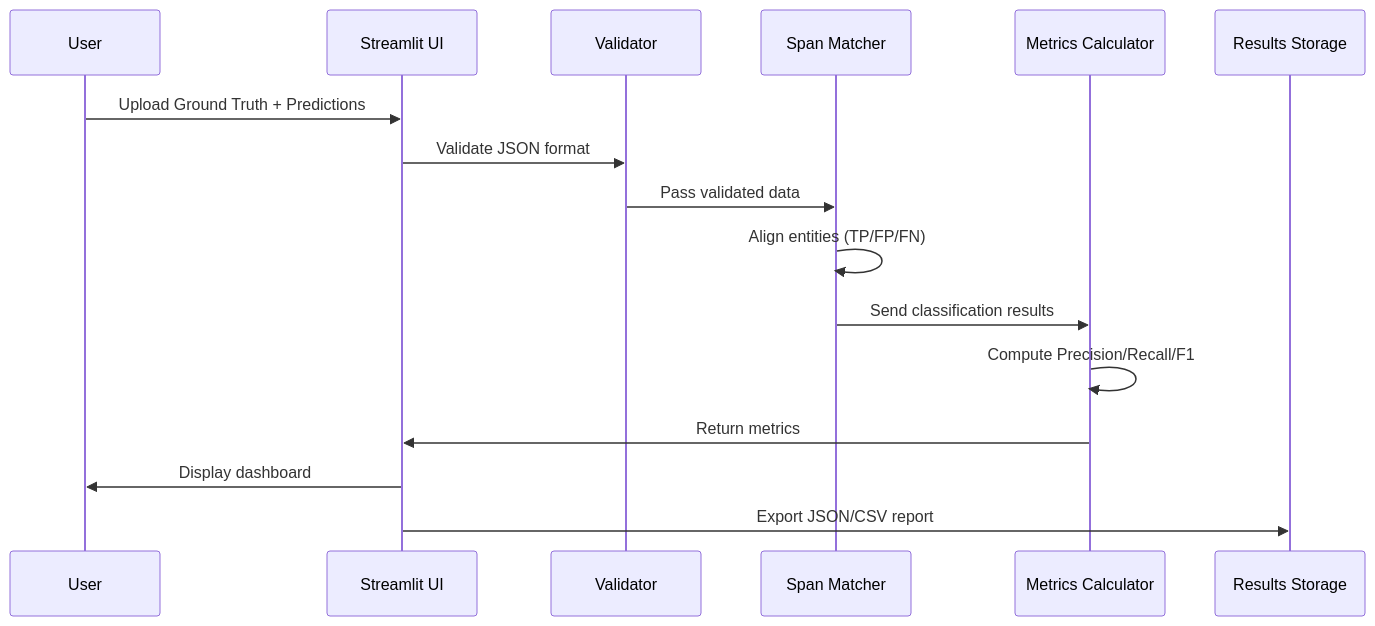
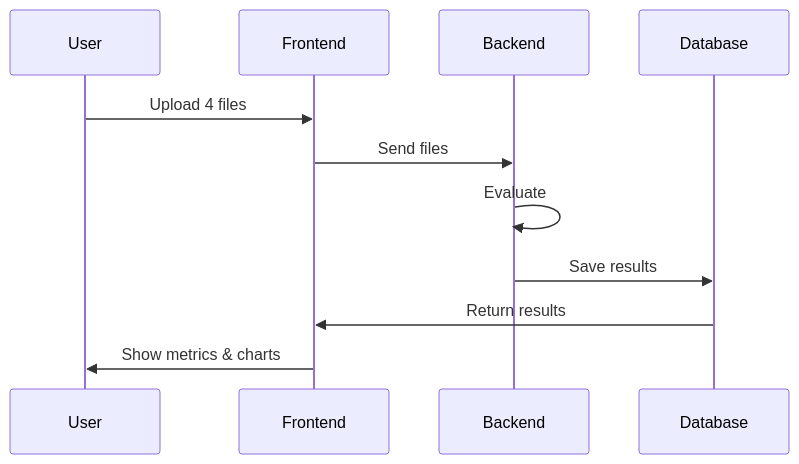
One commit to anudra/pii-benchmark-framework changed the fourth of 7 diagrams in architecture.md. Above: the diagram before and after it, drawn with Mermaid. The commit also changed other lines of this file and 44 other files, not shown here.

````diff
--- a/architecture.md
+++ b/architecture.md
@@ -164,19 +79,14 @@
 ```mermaid
 sequenceDiagram
     participant User
-    participant UI as Streamlit UI
-    participant Val as Validator
-    participant Matcher as Span Matcher
-    participant Calc as Metrics Calculator
-    participant DB as Results Storage
-
-    User->>UI: Upload Ground Truth + Predictions
-    UI->>Val: Validate JSON format
-    Val->>Matcher: Pass validated data
-    Matcher->>Matcher: Align entities (TP/FP/FN)
-    Matcher->>Calc: Send classification results
-    Calc->>Calc: Compute Precision/Recall/F1
-    Calc->>UI: Return metrics
-    UI->>User: Display dashboard
-    UI->>DB: Export JSON/CSV report
+    participant Frontend
+    participant Backend
+    participant Database
+    
+    User->>Frontend: Upload 4 files
+    Frontend->>Backend: Send files
+    Backend->>Backend: Evaluate
+    Backend->>Database: Save results
+    Database->>Frontend: Return results
+    Frontend->>User: Show metrics & charts
 ```
````
